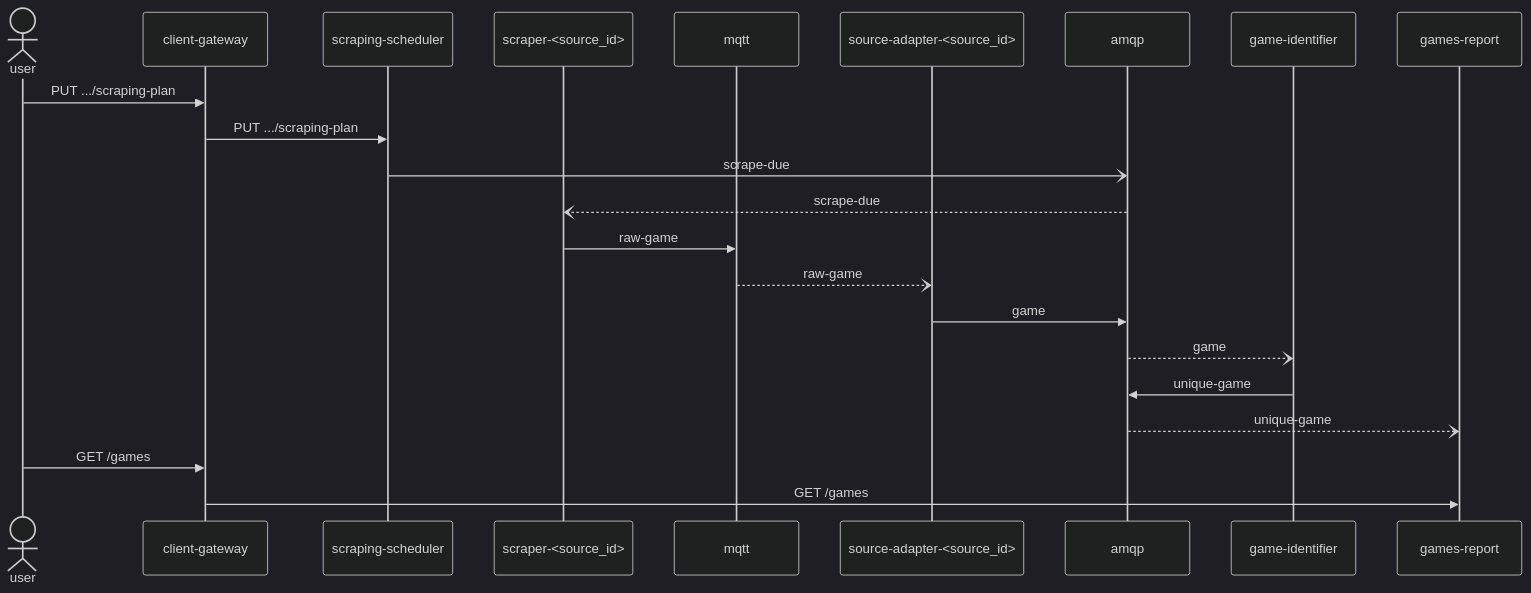
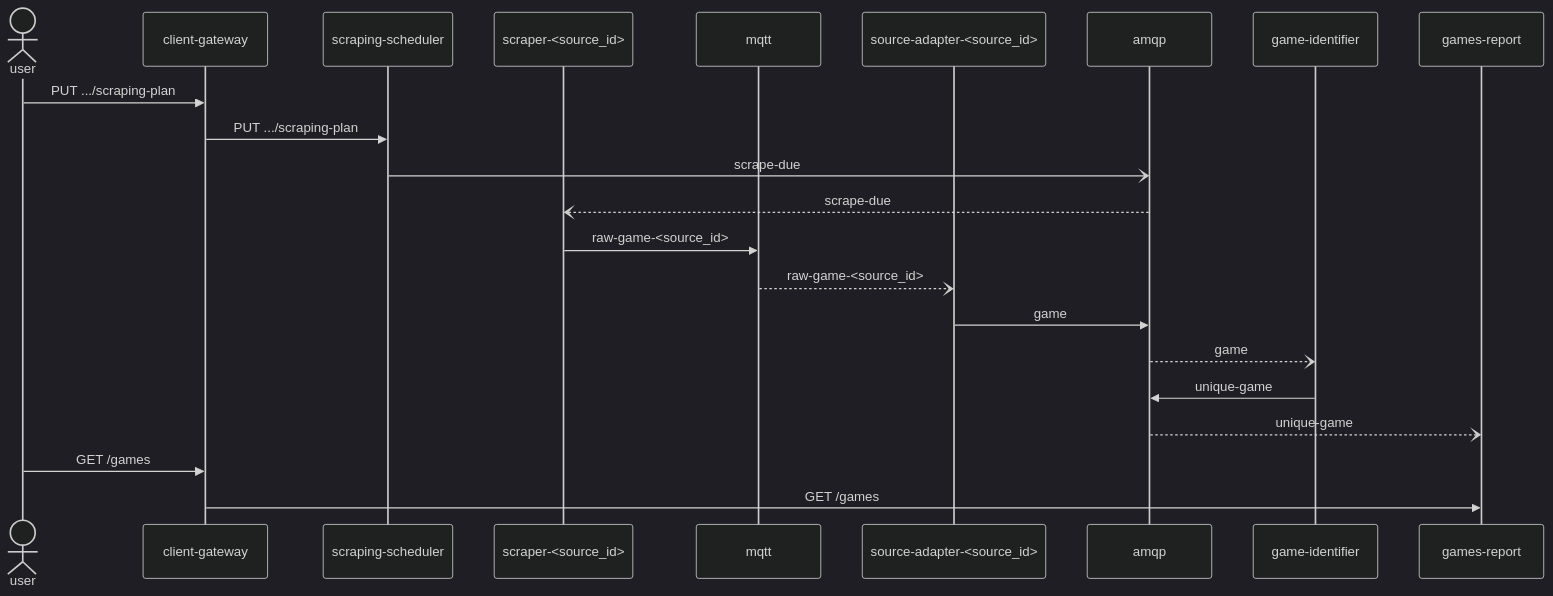
The diagram in README.md (guyslab/game-collector), drawn with Mermaid (dark theme) before and after one commit. The commit also changed other lines of this file, not shown here.

````diff
--- a/README.md
+++ b/README.md
@@ -113,24 +113,24 @@
 ```mermaid
 sequenceDiagram
     actor user
     participant gateway as client-gateway 
     participant sched as scraping-scheduler
     participant scraper as scraper-<source_id>
     participant mqtt as mqtt
     participant adapter as source-adapter-<source_id>
     participant amqp as amqp
     participant id as game-identifier     
     participant games as games-report             
     user->>gateway: PUT .../scraping-plan
     gateway->>sched: PUT .../scraping-plan
     sched-)amqp: scrape-due
     amqp--)scraper: scrape-due
-    scraper->>mqtt: raw-game
-    mqtt--)adapter: raw-game
+    scraper->>mqtt: raw-game-<source_id>
+    mqtt--)adapter: raw-game-<source_id>
     adapter->>amqp: game
     amqp--)id: game
     id->>amqp: unique-game
     amqp--)games: unique-game
     user->>gateway: GET /games
     gateway->>games: GET /games
 ```
````
